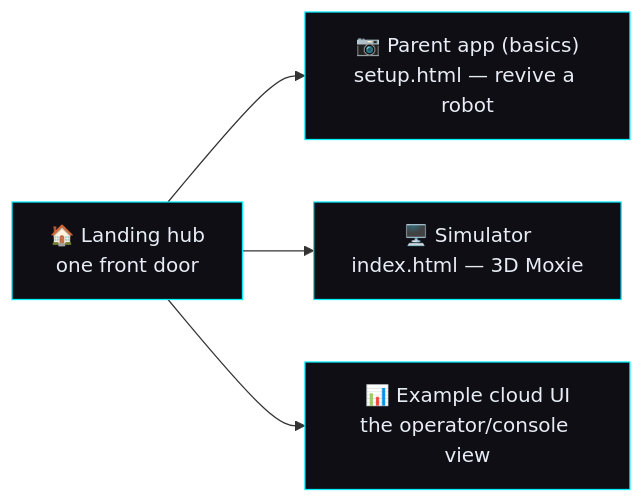
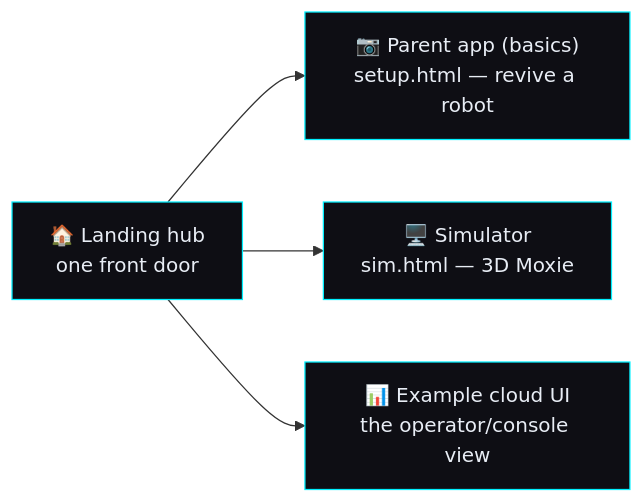
Before and after one commit to mvalancy/moxie-robot-saver: the diagram in sim/web/docs-bundle/architecture/static-experience.md, drawn with Mermaid. The commit also changed other lines of this file and 18 other files, not shown here.

````diff
--- a/sim/web/docs-bundle/architecture/static-experience.md
+++ b/sim/web/docs-bundle/architecture/static-experience.md
@@ -11,10 +11,10 @@
 ```mermaid
 flowchart LR
   hub["🏠 Landing hub<br/>one front door"]
   hub --> setup["📷 Parent app (basics)<br/>setup.html — revive a robot"]
-  hub --> sim["🖥️ Simulator<br/>index.html — 3D Moxie"]
+  hub --> sim["🖥️ Simulator<br/>sim.html — 3D Moxie"]
   hub --> cloud["📊 Example cloud UI<br/>the operator/console view"]
   classDef d fill:#0e0e14,stroke:#00f0ff,color:#e8edf5;
   classDef todo fill:#0e0e14,stroke:#5a6577,color:#8892a4,stroke-dasharray:4 3;
   class hub,setup,sim,cloud d;
 ```
````
